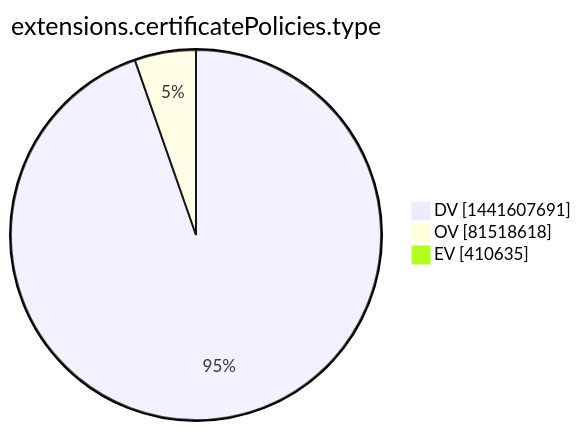
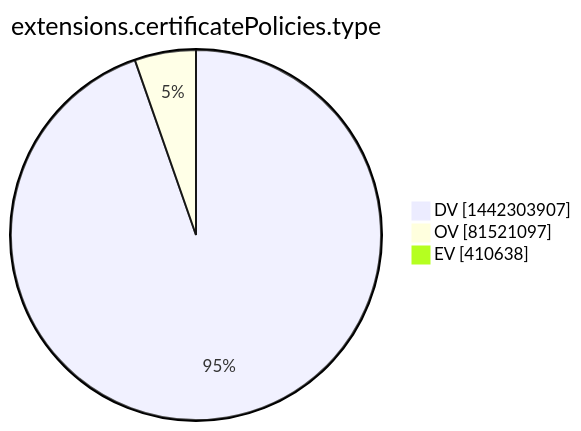
Before and after one commit to christiankrug/ctmonitor_visualization: the tenth of 15 diagrams in xenon2022/README.md, drawn with Mermaid. The commit also changed other lines of this file, not shown here.

````diff
--- a/xenon2022/README.md
+++ b/xenon2022/README.md
@@ -2868,7 +2868,7 @@
 ```mermaid
 pie showData
 title extensions.certificatePolicies.type
-"DV" :1441607691
-"OV" :81518618
-"EV" :410635
+"DV" :1442303907
+"OV" :81521097
+"EV" :410638
 ```
````
